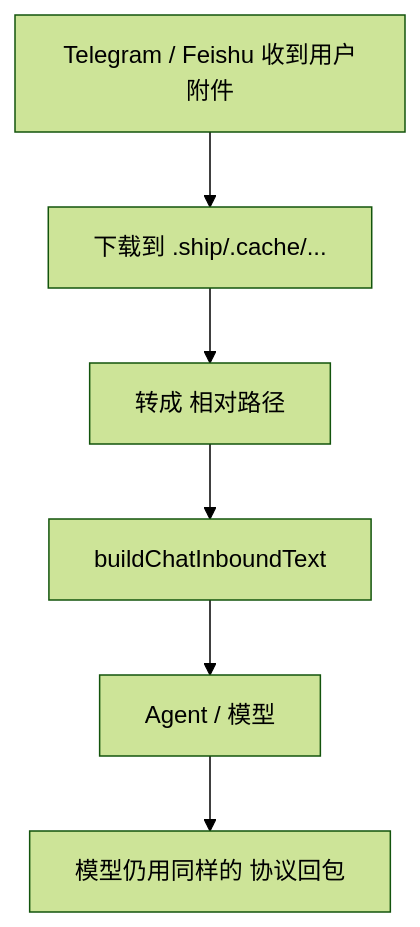
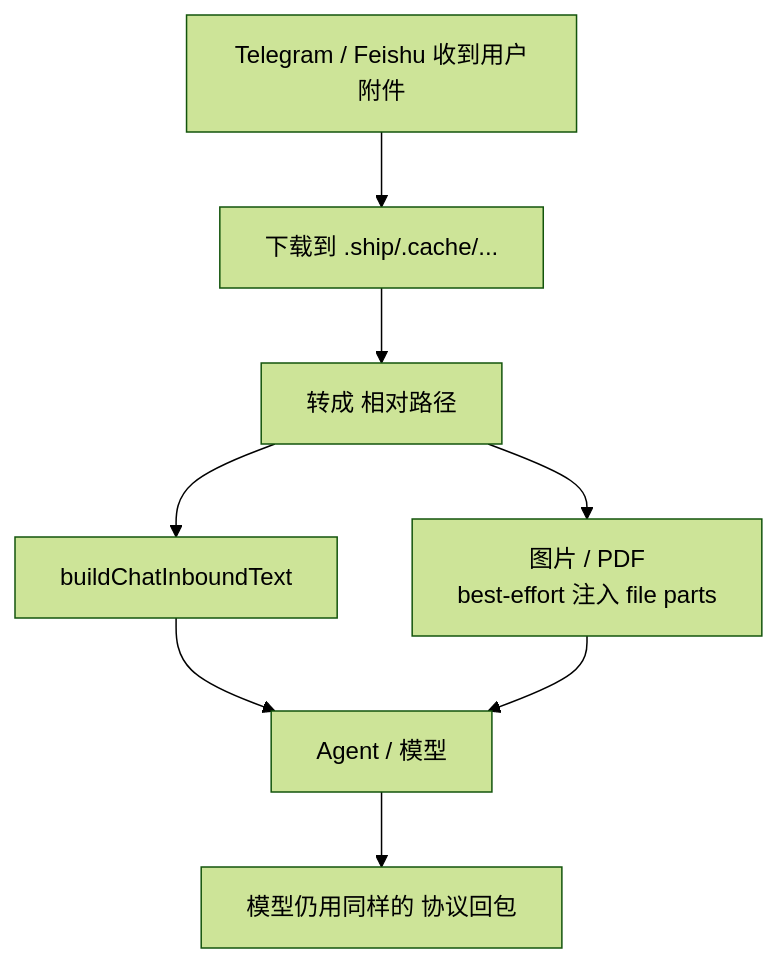
Before and after one commit to wangenius/downcity: the third of 3 diagrams in docs/channel.mdx, drawn with Mermaid (forest theme). The commit also changed other lines of this file and 51 other files, not shown here.

````diff
--- a/docs/channel.mdx
+++ b/docs/channel.mdx
@@ -58,8 +62,11 @@
 ```mermaid
 flowchart TD
     A["Telegram / Feishu 收到用户附件"] --> B["下载到 .ship/.cache/..."]
     B --> C["转成 <file type='...'>相对路径</file>"]
     C --> D["buildChatInboundText"]
     D --> E["Agent / 模型"]
+    C --> E2["图片 / PDF
+    best-effort 注入 file parts"]
+    E2 --> E
     E --> F["模型仍用同样的 <file> 协议回包"]
 ```
````
